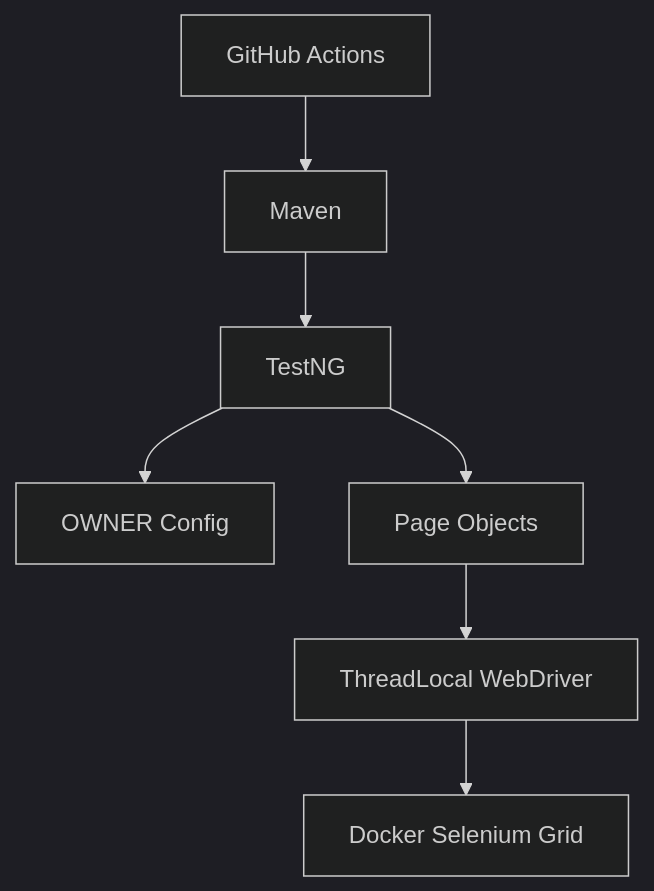
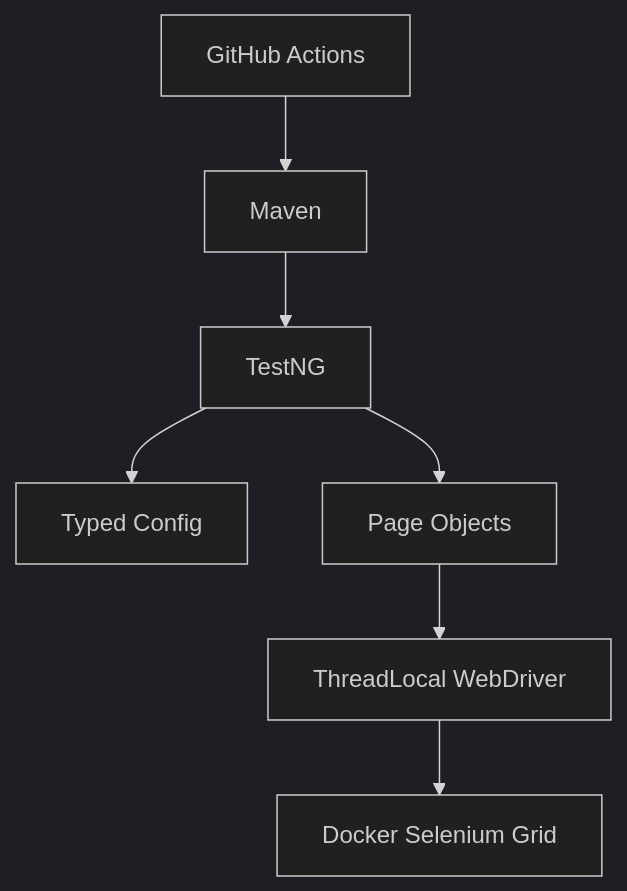
Before and after one commit to qa-test-automation-frameworks/selenium-testng-java-framework: the diagram in README.md, drawn with Mermaid (dark theme). The commit also changed other lines of this file and 34 other files, not shown here.

Commit message:
feat: add typed config, cookie auth, ADRs, and split UI suites

````diff
--- a/README.md
+++ b/README.md
@@ -32,9 +32,9 @@
 ```mermaid
 graph TD;
     CI[GitHub Actions] --> Maven;
     Maven --> TestNG;
-    TestNG --> Config[OWNER Config];
+    TestNG --> Config[Typed Config];
     TestNG --> Pages[Page Objects];
     Pages --> WebDriver[ThreadLocal WebDriver];
     WebDriver --> Grid[Docker Selenium Grid];
 ```
````
